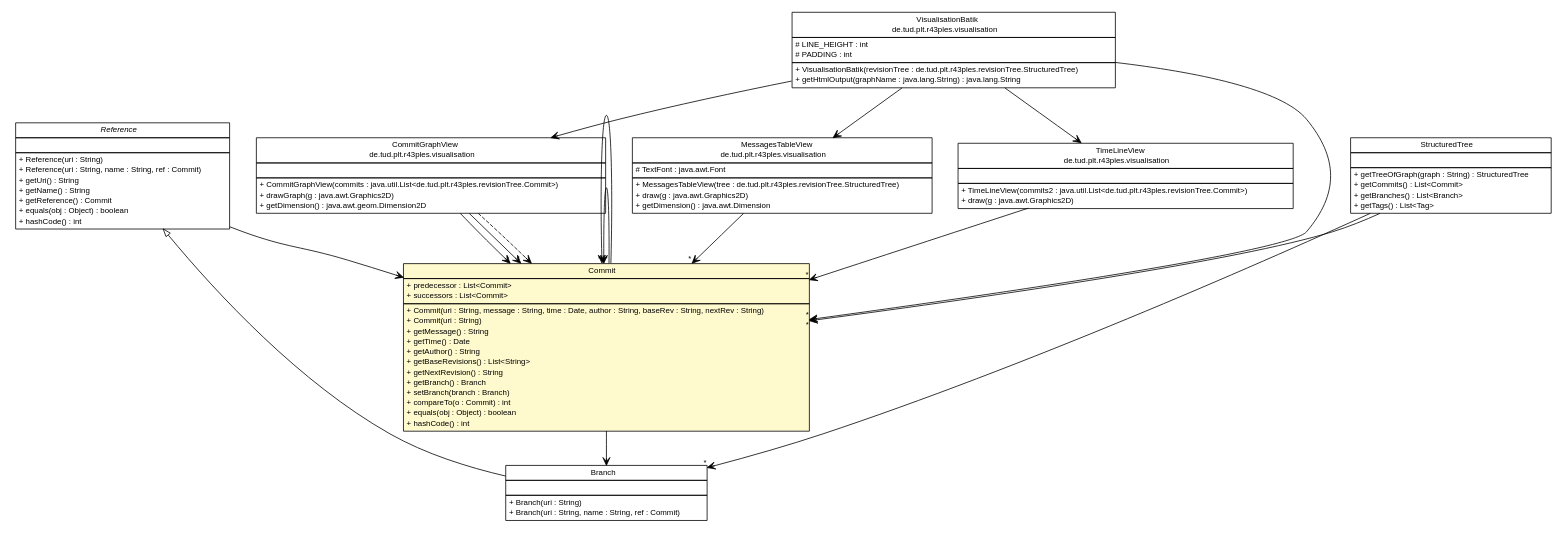
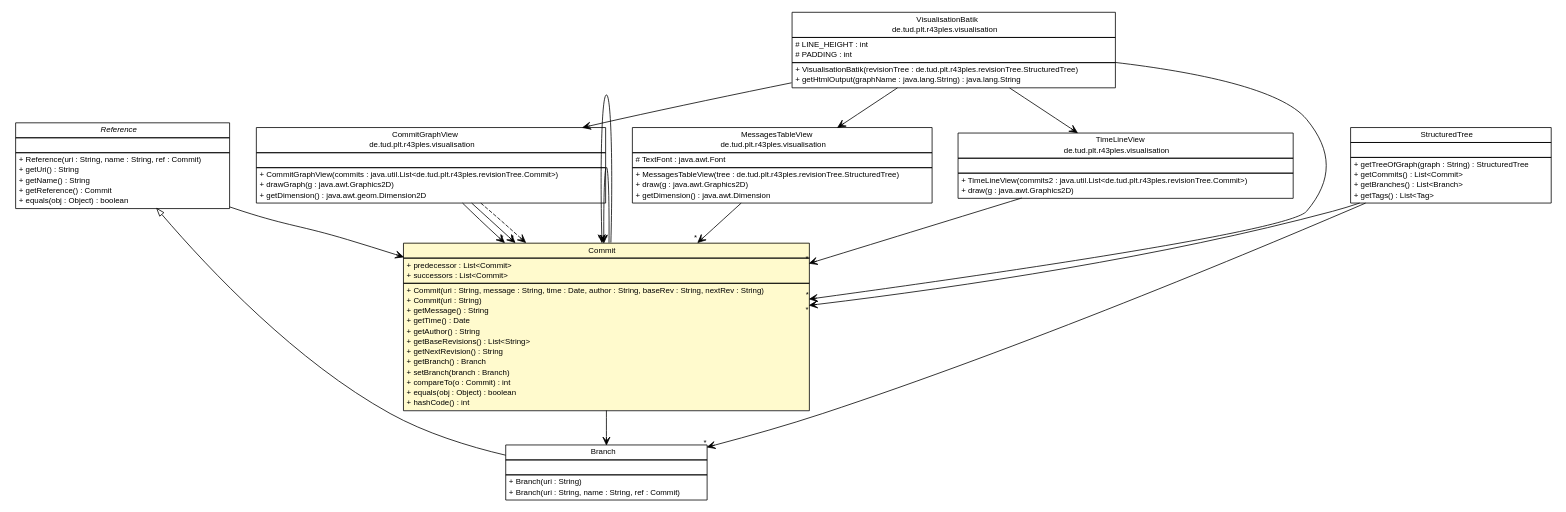
The diagram in site/apidocs/de/tud/plt/r43ples/revisionTree/Commit.dot (adrianorzyszek/r43ples), drawn with Graphviz before and after one commit. The commit also changed 237 other files, not shown here.

```diff
--- a/site/apidocs/de/tud/plt/r43ples/revisionTree/Commit.dot
+++ b/site/apidocs/de/tud/plt/r43ples/revisionTree/Commit.dot
@@ -1,173 +1,171 @@
 #!/usr/local/bin/dot
 #
 # Class diagram 
 # Generated by UMLGraph version R5_6-24-gf6e263 (http://www.umlgraph.org/)
 #
 
 digraph G {
 	edge [fontname="Helvetica",fontsize=10,labelfontname="Helvetica",labelfontsize=10];
 	node [fontname="Helvetica",fontsize=10,shape=plaintext];
 	nodesep=0.25;
 	ranksep=0.5;
 	// de.tud.plt.r43ples.visualisation.CommitGraphView
 	c485 [label=<<table title="de.tud.plt.r43ples.visualisation.CommitGraphView" border="0" cellborder="1" cellspacing="0" cellpadding="2" port="p" href="../visualisation/CommitGraphView.html">
 		<tr><td><table border="0" cellspacing="0" cellpadding="1">
 <tr><td align="center" balign="center"> CommitGraphView </td></tr>
 <tr><td align="center" balign="center"> de.tud.plt.r43ples.visualisation </td></tr>
 		</table></td></tr>
 		<tr><td><table border="0" cellspacing="0" cellpadding="1">
 <tr><td align="left" balign="left">  </td></tr>
 		</table></td></tr>
 		<tr><td><table border="0" cellspacing="0" cellpadding="1">
 <tr><td align="left" balign="left"> + CommitGraphView(commits : java.util.List&lt;de.tud.plt.r43ples.revisionTree.Commit&gt;) </td></tr>
 <tr><td align="left" balign="left"> + drawGraph(g : java.awt.Graphics2D) </td></tr>
 <tr><td align="left" balign="left"> + getDimension() : java.awt.geom.Dimension2D </td></tr>
 		</table></td></tr>
 		</table>>, URL="../visualisation/CommitGraphView.html", fontname="Helvetica", fontcolor="black", fontsize=10.0];
 	// de.tud.plt.r43ples.visualisation.MessagesTableView
 	c486 [label=<<table title="de.tud.plt.r43ples.visualisation.MessagesTableView" border="0" cellborder="1" cellspacing="0" cellpadding="2" port="p" href="../visualisation/MessagesTableView.html">
 		<tr><td><table border="0" cellspacing="0" cellpadding="1">
 <tr><td align="center" balign="center"> MessagesTableView </td></tr>
 <tr><td align="center" balign="center"> de.tud.plt.r43ples.visualisation </td></tr>
 		</table></td></tr>
 		<tr><td><table border="0" cellspacing="0" cellpadding="1">
 <tr><td align="left" balign="left"> # TextFont : java.awt.Font </td></tr>
 		</table></td></tr>
 		<tr><td><table border="0" cellspacing="0" cellpadding="1">
 <tr><td align="left" balign="left"> + MessagesTableView(tree : de.tud.plt.r43ples.revisionTree.StructuredTree) </td></tr>
 <tr><td align="left" balign="left"> + draw(g : java.awt.Graphics2D) </td></tr>
 <tr><td align="left" balign="left"> + getDimension() : java.awt.Dimension </td></tr>
 		</table></td></tr>
 		</table>>, URL="../visualisation/MessagesTableView.html", fontname="Helvetica", fontcolor="black", fontsize=10.0];
 	// de.tud.plt.r43ples.visualisation.TimeLineView
 	c487 [label=<<table title="de.tud.plt.r43ples.visualisation.TimeLineView" border="0" cellborder="1" cellspacing="0" cellpadding="2" port="p" href="../visualisation/TimeLineView.html">
 		<tr><td><table border="0" cellspacing="0" cellpadding="1">
 <tr><td align="center" balign="center"> TimeLineView </td></tr>
 <tr><td align="center" balign="center"> de.tud.plt.r43ples.visualisation </td></tr>
 		</table></td></tr>
 		<tr><td><table border="0" cellspacing="0" cellpadding="1">
 <tr><td align="left" balign="left">  </td></tr>
 		</table></td></tr>
 		<tr><td><table border="0" cellspacing="0" cellpadding="1">
 <tr><td align="left" balign="left"> + TimeLineView(commits2 : java.util.List&lt;de.tud.plt.r43ples.revisionTree.Commit&gt;) </td></tr>
 <tr><td align="left" balign="left"> + draw(g : java.awt.Graphics2D) </td></tr>
 		</table></td></tr>
 		</table>>, URL="../visualisation/TimeLineView.html", fontname="Helvetica", fontcolor="black", fontsize=10.0];
 	// de.tud.plt.r43ples.visualisation.VisualisationBatik
 	c488 [label=<<table title="de.tud.plt.r43ples.visualisation.VisualisationBatik" border="0" cellborder="1" cellspacing="0" cellpadding="2" port="p" href="../visualisation/VisualisationBatik.html">
 		<tr><td><table border="0" cellspacing="0" cellpadding="1">
 <tr><td align="center" balign="center"> VisualisationBatik </td></tr>
 <tr><td align="center" balign="center"> de.tud.plt.r43ples.visualisation </td></tr>
 		</table></td></tr>
 		<tr><td><table border="0" cellspacing="0" cellpadding="1">
 <tr><td align="left" balign="left"> # LINE_HEIGHT : int </td></tr>
 <tr><td align="left" balign="left"> # PADDING : int </td></tr>
 		</table></td></tr>
 		<tr><td><table border="0" cellspacing="0" cellpadding="1">
 <tr><td align="left" balign="left"> + VisualisationBatik(revisionTree : de.tud.plt.r43ples.revisionTree.StructuredTree) </td></tr>
 <tr><td align="left" balign="left"> + getHtmlOutput(graphName : java.lang.String) : java.lang.String </td></tr>
 		</table></td></tr>
 		</table>>, URL="../visualisation/VisualisationBatik.html", fontname="Helvetica", fontcolor="black", fontsize=10.0];
 	// de.tud.plt.r43ples.revisionTree.Branch
 	c496 [label=<<table title="de.tud.plt.r43ples.revisionTree.Branch" border="0" cellborder="1" cellspacing="0" cellpadding="2" port="p" href="./Branch.html">
 		<tr><td><table border="0" cellspacing="0" cellpadding="1">
 <tr><td align="center" balign="center"> Branch </td></tr>
 		</table></td></tr>
 		<tr><td><table border="0" cellspacing="0" cellpadding="1">
 <tr><td align="left" balign="left">  </td></tr>
 		</table></td></tr>
 		<tr><td><table border="0" cellspacing="0" cellpadding="1">
 <tr><td align="left" balign="left"> + Branch(uri : String) </td></tr>
 <tr><td align="left" balign="left"> + Branch(uri : String, name : String, ref : Commit) </td></tr>
 		</table></td></tr>
 		</table>>, URL="./Branch.html", fontname="Helvetica", fontcolor="black", fontsize=10.0];
 	// de.tud.plt.r43ples.revisionTree.Commit
 	c497 [label=<<table title="de.tud.plt.r43ples.revisionTree.Commit" border="0" cellborder="1" cellspacing="0" cellpadding="2" port="p" bgcolor="lemonChiffon" href="./Commit.html">
 		<tr><td><table border="0" cellspacing="0" cellpadding="1">
 <tr><td align="center" balign="center"> Commit </td></tr>
 		</table></td></tr>
 		<tr><td><table border="0" cellspacing="0" cellpadding="1">
 <tr><td align="left" balign="left"> + predecessor : List&lt;Commit&gt; </td></tr>
 <tr><td align="left" balign="left"> + successors : List&lt;Commit&gt; </td></tr>
 		</table></td></tr>
 		<tr><td><table border="0" cellspacing="0" cellpadding="1">
 <tr><td align="left" balign="left"> + Commit(uri : String, message : String, time : Date, author : String, baseRev : String, nextRev : String) </td></tr>
 <tr><td align="left" balign="left"> + Commit(uri : String) </td></tr>
 <tr><td align="left" balign="left"> + getMessage() : String </td></tr>
 <tr><td align="left" balign="left"> + getTime() : Date </td></tr>
 <tr><td align="left" balign="left"> + getAuthor() : String </td></tr>
 <tr><td align="left" balign="left"> + getBaseRevisions() : List&lt;String&gt; </td></tr>
 <tr><td align="left" balign="left"> + getNextRevision() : String </td></tr>
 <tr><td align="left" balign="left"> + getBranch() : Branch </td></tr>
 <tr><td align="left" balign="left"> + setBranch(branch : Branch) </td></tr>
 <tr><td align="left" balign="left"> + compareTo(o : Commit) : int </td></tr>
 <tr><td align="left" balign="left"> + equals(obj : Object) : boolean </td></tr>
 <tr><td align="left" balign="left"> + hashCode() : int </td></tr>
 		</table></td></tr>
 		</table>>, URL="./Commit.html", fontname="Helvetica", fontcolor="black", fontsize=10.0];
 	// de.tud.plt.r43ples.revisionTree.Reference
 	c498 [label=<<table title="de.tud.plt.r43ples.revisionTree.Reference" border="0" cellborder="1" cellspacing="0" cellpadding="2" port="p" href="./Reference.html">
 		<tr><td><table border="0" cellspacing="0" cellpadding="1">
 <tr><td align="center" balign="center"><font face="Helvetica-Oblique"> Reference </font></td></tr>
 		</table></td></tr>
 		<tr><td><table border="0" cellspacing="0" cellpadding="1">
 <tr><td align="left" balign="left">  </td></tr>
 		</table></td></tr>
 		<tr><td><table border="0" cellspacing="0" cellpadding="1">
-<tr><td align="left" balign="left"> + Reference(uri : String) </td></tr>
 <tr><td align="left" balign="left"> + Reference(uri : String, name : String, ref : Commit) </td></tr>
 <tr><td align="left" balign="left"> + getUri() : String </td></tr>
 <tr><td align="left" balign="left"> + getName() : String </td></tr>
 <tr><td align="left" balign="left"> + getReference() : Commit </td></tr>
 <tr><td align="left" balign="left"> + equals(obj : Object) : boolean </td></tr>
-<tr><td align="left" balign="left"> + hashCode() : int </td></tr>
 		</table></td></tr>
 		</table>>, URL="./Reference.html", fontname="Helvetica", fontcolor="black", fontsize=10.0];
 	// de.tud.plt.r43ples.revisionTree.StructuredTree
 	c500 [label=<<table title="de.tud.plt.r43ples.revisionTree.StructuredTree" border="0" cellborder="1" cellspacing="0" cellpadding="2" port="p" href="./StructuredTree.html">
 		<tr><td><table border="0" cellspacing="0" cellpadding="1">
 <tr><td align="center" balign="center"> StructuredTree </td></tr>
 		</table></td></tr>
 		<tr><td><table border="0" cellspacing="0" cellpadding="1">
 <tr><td align="left" balign="left">  </td></tr>
 		</table></td></tr>
 		<tr><td><table border="0" cellspacing="0" cellpadding="1">
 <tr><td align="left" balign="left"> + getTreeOfGraph(graph : String) : StructuredTree </td></tr>
 <tr><td align="left" balign="left"> + getCommits() : List&lt;Commit&gt; </td></tr>
 <tr><td align="left" balign="left"> + getBranches() : List&lt;Branch&gt; </td></tr>
 <tr><td align="left" balign="left"> + getTags() : List&lt;Tag&gt; </td></tr>
 		</table></td></tr>
 		</table>>, URL="./StructuredTree.html", fontname="Helvetica", fontcolor="black", fontsize=10.0];
 	//de.tud.plt.r43ples.revisionTree.Branch extends de.tud.plt.r43ples.revisionTree.Reference
 	c498:p -> c496:p [dir=back,arrowtail=empty];
 	// de.tud.plt.r43ples.visualisation.CommitGraphView NAVASSOC de.tud.plt.r43ples.revisionTree.Commit
 	c485:p -> c497:p [taillabel="", label="", headlabel="*", fontname="Helvetica", fontcolor="black", fontsize=10.0, color="black", arrowhead=open];
 	// de.tud.plt.r43ples.visualisation.CommitGraphView NAVASSOC de.tud.plt.r43ples.revisionTree.Commit
 	c485:p -> c497:p [taillabel="", label="", headlabel="*", fontname="Helvetica", fontcolor="black", fontsize=10.0, color="black", arrowhead=open];
 	// de.tud.plt.r43ples.visualisation.MessagesTableView NAVASSOC de.tud.plt.r43ples.revisionTree.Commit
 	c486:p -> c497:p [taillabel="", label="", headlabel="*", fontname="Helvetica", fontcolor="black", fontsize=10.0, color="black", arrowhead=open];
 	// de.tud.plt.r43ples.visualisation.TimeLineView NAVASSOC de.tud.plt.r43ples.revisionTree.Commit
 	c487:p -> c497:p [taillabel="", label="", headlabel="*", fontname="Helvetica", fontcolor="black", fontsize=10.0, color="black", arrowhead=open];
 	// de.tud.plt.r43ples.visualisation.VisualisationBatik NAVASSOC de.tud.plt.r43ples.visualisation.TimeLineView
 	c488:p -> c487:p [taillabel="", label="", headlabel="", fontname="Helvetica", fontcolor="black", fontsize=10.0, color="black", arrowhead=open];
 	// de.tud.plt.r43ples.visualisation.VisualisationBatik NAVASSOC de.tud.plt.r43ples.revisionTree.Commit
 	c488:p -> c497:p [taillabel="", label="", headlabel="*", fontname="Helvetica", fontcolor="black", fontsize=10.0, color="black", arrowhead=open];
 	// de.tud.plt.r43ples.visualisation.VisualisationBatik NAVASSOC de.tud.plt.r43ples.visualisation.CommitGraphView
 	c488:p -> c485:p [taillabel="", label="", headlabel="", fontname="Helvetica", fontcolor="black", fontsize=10.0, color="black", arrowhead=open];
 	// de.tud.plt.r43ples.visualisation.VisualisationBatik NAVASSOC de.tud.plt.r43ples.visualisation.MessagesTableView
 	c488:p -> c486:p [taillabel="", label="", headlabel="", fontname="Helvetica", fontcolor="black", fontsize=10.0, color="black", arrowhead=open];
 	// de.tud.plt.r43ples.revisionTree.Commit NAVASSOC de.tud.plt.r43ples.revisionTree.Branch
 	c497:p -> c496:p [taillabel="", label="", headlabel="", fontname="Helvetica", fontcolor="black", fontsize=10.0, color="black", arrowhead=open];
 	// de.tud.plt.r43ples.revisionTree.Commit NAVASSOC de.tud.plt.r43ples.revisionTree.Commit
 	c497:p -> c497:p [taillabel="", label="", headlabel="*", fontname="Helvetica", fontcolor="black", fontsize=10.0, color="black", arrowhead=open];
 	// de.tud.plt.r43ples.revisionTree.Commit NAVASSOC de.tud.plt.r43ples.revisionTree.Commit
 	c497:p -> c497:p [taillabel="", label="", headlabel="*", fontname="Helvetica", fontcolor="black", fontsize=10.0, color="black", arrowhead=open];
 	// de.tud.plt.r43ples.revisionTree.Reference NAVASSOC de.tud.plt.r43ples.revisionTree.Commit
 	c498:p -> c497:p [taillabel="", label="", headlabel="", fontname="Helvetica", fontcolor="black", fontsize=10.0, color="black", arrowhead=open];
 	// de.tud.plt.r43ples.revisionTree.StructuredTree NAVASSOC de.tud.plt.r43ples.revisionTree.Branch
 	c500:p -> c496:p [taillabel="", label="", headlabel="*", fontname="Helvetica", fontcolor="black", fontsize=10.0, color="black", arrowhead=open];
 	// de.tud.plt.r43ples.revisionTree.StructuredTree NAVASSOC de.tud.plt.r43ples.revisionTree.Commit
 	c500:p -> c497:p [taillabel="", label="", headlabel="*", fontname="Helvetica", fontcolor="black", fontsize=10.0, color="black", arrowhead=open];
 	// de.tud.plt.r43ples.visualisation.CommitGraphView DEPEND de.tud.plt.r43ples.revisionTree.Commit
 	c485:p -> c497:p [taillabel="", label="", headlabel="", fontname="Helvetica", fontcolor="black", fontsize=10.0, color="black", arrowhead=open, style=dashed];
 }
```
